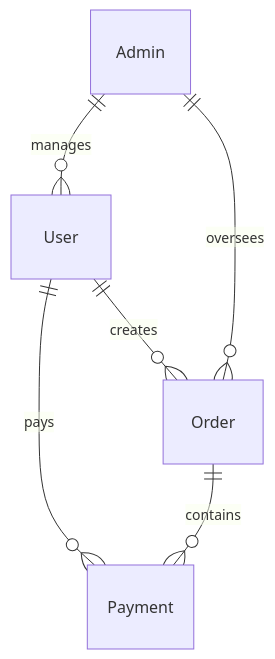
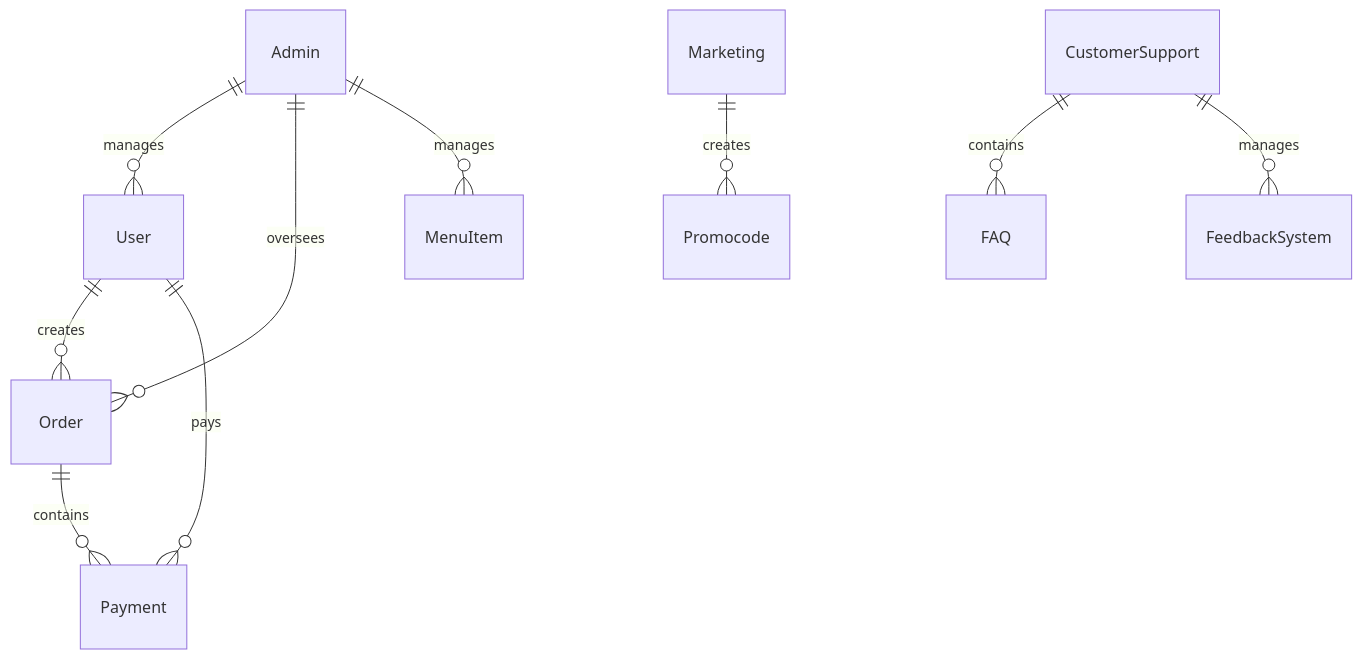
One commit to DenisKarimov8/Karimov-IS-31-Works changed the third of 3 diagrams in README.md. Above: the diagram before and after it, drawn with Mermaid. The commit also changed other lines of this file, not shown here.

````diff
--- a/README.md
+++ b/README.md
@@ -185,9 +244,13 @@
 ```mermaid
 erDiagram
     User ||--o{ Order : creates
     User ||--o{ Payment : pays
     Order ||--o{ Payment : contains
     Admin ||--o{ User : manages
     Admin ||--o{ Order : oversees
+    Admin ||--o{ MenuItem : manages
+    Marketing ||--o{ Promocode : creates
+    CustomerSupport ||--o{ FAQ : contains
+    CustomerSupport ||--o{ FeedbackSystem : manages
 
 ```
````
